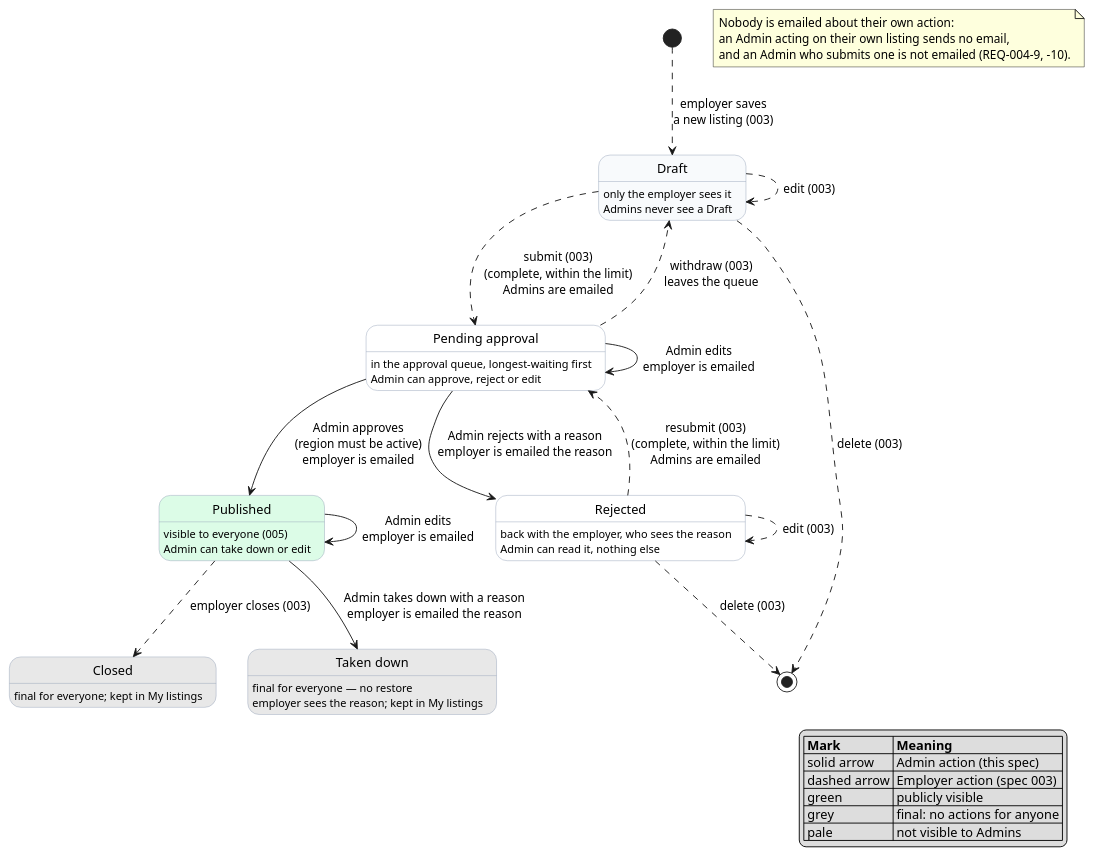
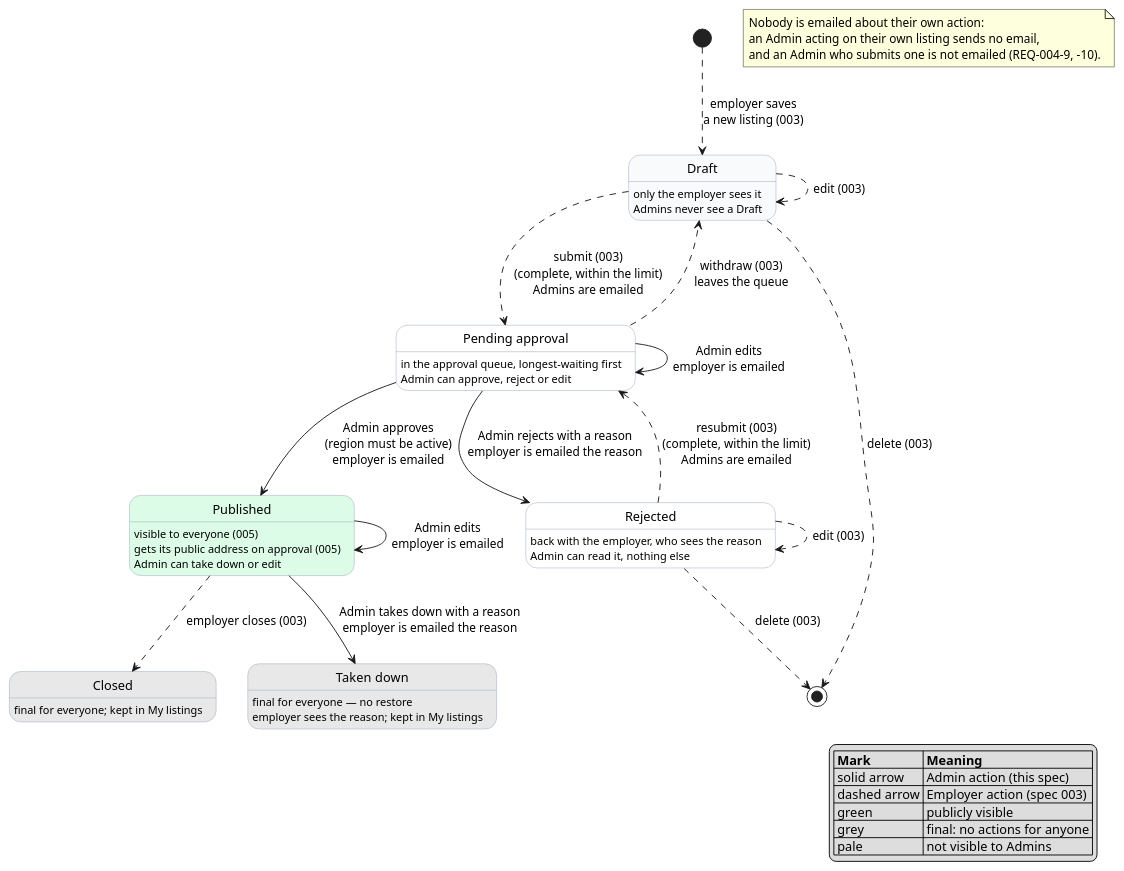
The diagram in docs/specs/004-listings-admin-moderation/diagrams/state-listing.puml (raseniero/jairojobs-elixir), drawn with PlantUML before and after one commit. The commit also changed 16 other files, not shown here.

Commit message:
feat(listings): a listing gets its public address at approval (REQ-005-6)

```diff
--- a/docs/specs/004-listings-admin-moderation/diagrams/state-listing.puml
+++ b/docs/specs/004-listings-admin-moderation/diagrams/state-listing.puml
@@ -1,67 +1,68 @@
 @startuml state-listing
 ' Spec 004 — listing lifecycle, extended from spec 003's diagram of the same name.
 ' Must agree with REQ-004-5..8 here and with REQ-003-5..11 in spec 003.
 ' Solid arrows: Admin actions, specified in spec 004.
 ' Dashed arrows: Employer actions, specified in spec 003 (drawn here so the picture is whole).
 
 hide empty description
 skinparam state {
   BackgroundColor white
   BackgroundColor<<public>> #dcfce7
   BackgroundColor<<done>> #E8E8E8
   BackgroundColor<<unseen>> #f8fafc
   BorderColor #94a3b8
 }
 
 state "Draft" as Draft <<unseen>>
 state "Pending approval" as Pending
 state "Published" as Published <<public>>
 state "Rejected" as Rejected
 state "Closed" as Closed <<done>>
 state "Taken down" as TakenDown <<done>>
 
 [*] -[dashed]-> Draft : employer saves\na new listing (003)
 Draft : only the employer sees it
 Draft : Admins never see a Draft
 Draft -[dashed]-> Draft : edit (003)
 Draft -[dashed]-> Pending : submit (003)\n(complete, within the limit)\nAdmins are emailed
 Draft -[dashed]-> [*] : delete (003)
 
 Pending : in the approval queue, longest-waiting first
 Pending : Admin can approve, reject or edit
 Pending -[dashed]-> Draft : withdraw (003)\nleaves the queue
 Pending --> Published : Admin approves\n(region must be active)\nemployer is emailed
 Pending --> Rejected : Admin rejects with a reason\nemployer is emailed the reason
 Pending --> Pending : Admin edits\nemployer is emailed
 
 Rejected : back with the employer, who sees the reason
 Rejected : Admin can read it, nothing else
 Rejected -[dashed]-> Rejected : edit (003)
 Rejected -[dashed]-> Pending : resubmit (003)\n(complete, within the limit)\nAdmins are emailed
 Rejected -[dashed]-> [*] : delete (003)
 
 Published : visible to everyone (005)
+Published : gets its public address on approval (005)
 Published : Admin can take down or edit
 Published -[dashed]-> Closed : employer closes (003)
 Published --> TakenDown : Admin takes down with a reason\nemployer is emailed the reason
 Published --> Published : Admin edits\nemployer is emailed
 
 Closed : final for everyone; kept in My listings
 TakenDown : final for everyone — no restore
 TakenDown : employer sees the reason; kept in My listings
 
 legend right
   |= Mark |= Meaning |
   | solid arrow | Admin action (this spec) |
   | dashed arrow | Employer action (spec 003) |
   | green | publicly visible |
   | grey | final: no actions for anyone |
   | pale | not visible to Admins |
 endlegend
 
 note as N1
   Nobody is emailed about their own action:
   an Admin acting on their own listing sends no email,
   and an Admin who submits one is not emailed (REQ-004-9, -10).
 end note
 @enduml
```
